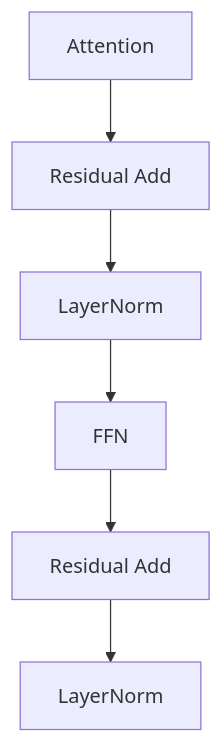
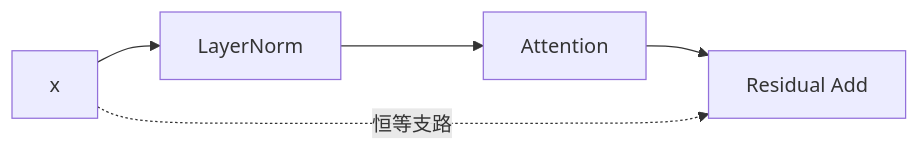
Before and after one commit to AI-learning-simple/Build-Your-Own-LLM: the third of 6 diagrams in 1. LLM基础/11. Transformer Block.md, drawn with Mermaid. The commit also changed other lines of this file and 31 other files, not shown here.

````diff
--- a/1. LLM基础/11. Transformer Block.md
+++ b/1. LLM基础/11. Transformer Block.md
@@ -159,4 +169,5 @@
 ```mermaid
-flowchart TD
-    A[Attention] --> B["Residual Add"] --> C[LayerNorm] --> D[FFN] --> E["Residual Add"] --> F[LayerNorm]
+flowchart LR
+    X[x] --> LN[LayerNorm] --> A[Attention] --> ADD[Residual Add]
+    X -.恒等支路.-> ADD
 ```
````
